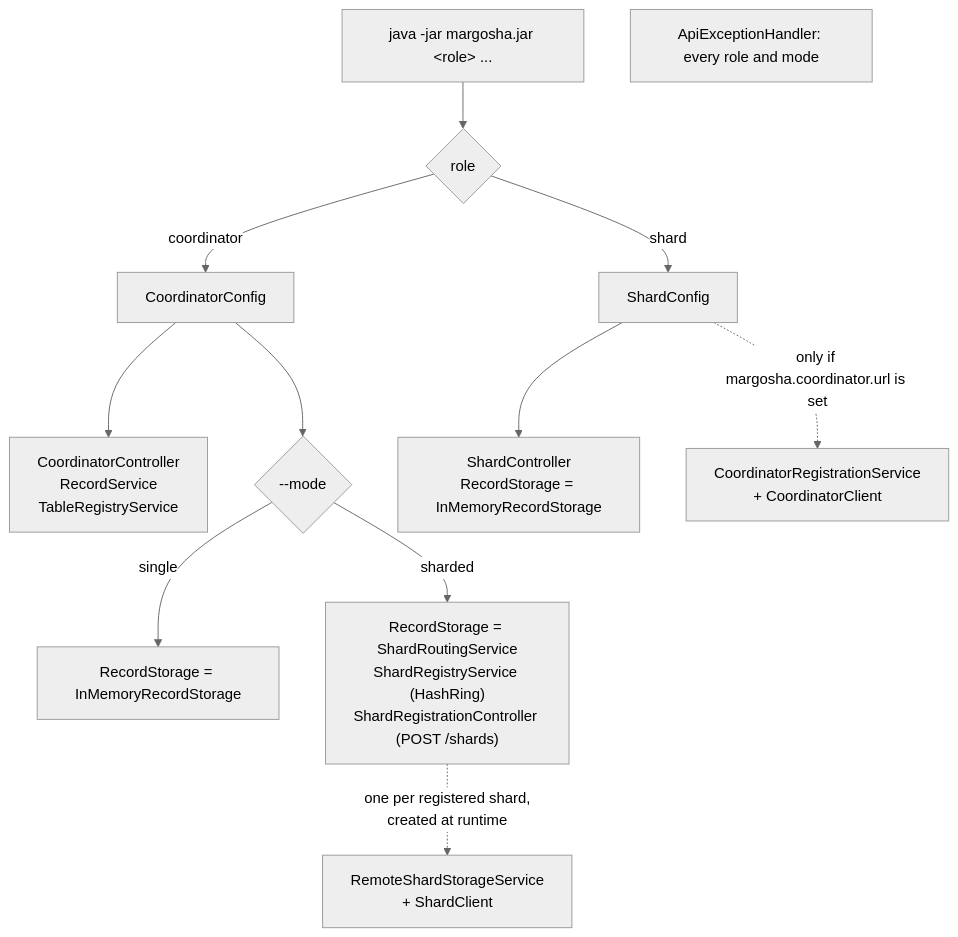
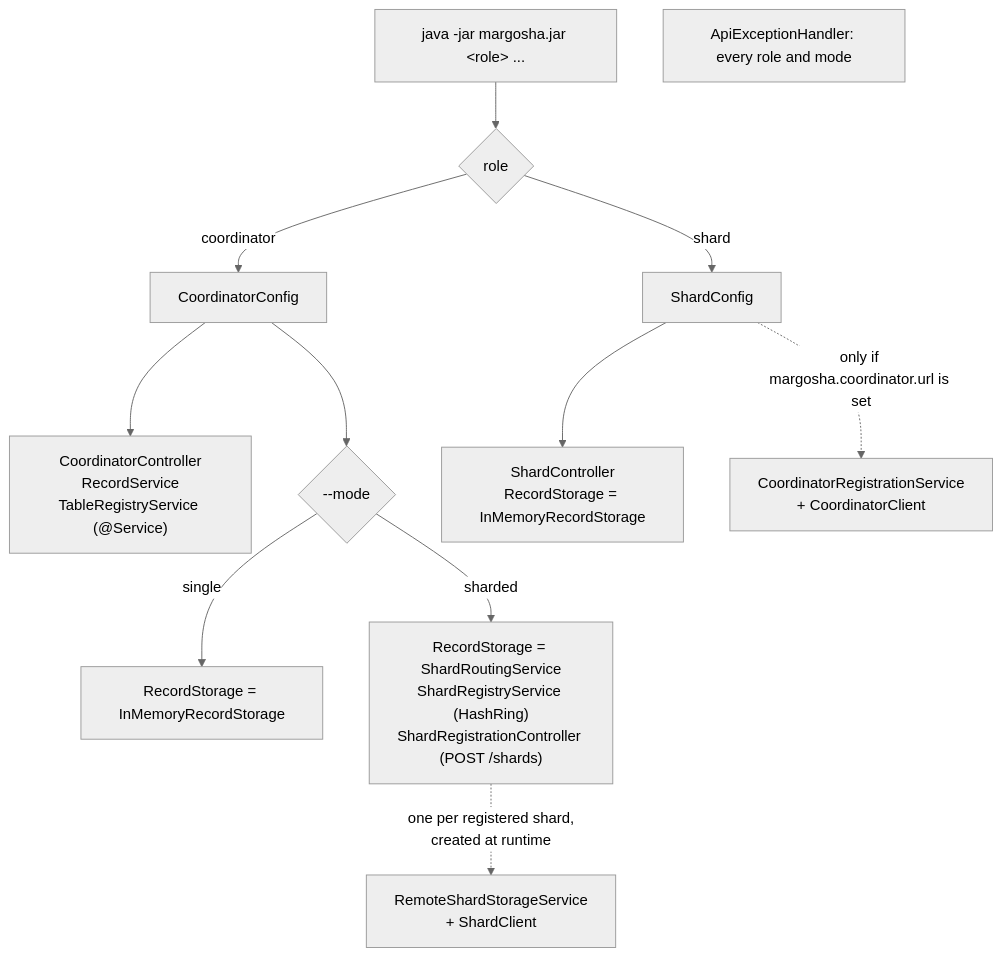
The first of 4 diagrams in README.md (MarharytaFilipovych/margosha-db), drawn with Mermaid (neutral theme) before and after one commit. The commit also changed other lines of this file and 36 other files, not shown here.

````diff
--- a/README.md
+++ b/README.md
@@ -288,17 +288,17 @@
 ```mermaid
 flowchart TD
     start["java -jar margosha.jar &lt;role&gt; ..."] --> role{role}
 
     role -- coordinator --> cfgC["CoordinatorConfig"]
-    cfgC --> common["CoordinatorController<br/>RecordService<br/>TableRegistryService"]
+    cfgC --> common["CoordinatorController<br/>RecordService<br/>TableRegistryService (@Service)"]
     cfgC --> mode{"--mode"}
     mode -- single --> single["RecordStorage = InMemoryRecordStorage"]
     mode -- sharded --> sharded["RecordStorage = ShardRoutingService<br/>ShardRegistryService (HashRing)<br/>ShardRegistrationController (POST /shards)"]
     sharded -. "one per registered shard,<br/>created at runtime" .-> remote["RemoteShardStorageService<br/>+ ShardClient"]
 
     role -- shard --> cfgS["ShardConfig"]
     cfgS --> shard["ShardController<br/>RecordStorage = InMemoryRecordStorage"]
     cfgS -. "only if margosha.coordinator.url is set" .-> reg["CoordinatorRegistrationService<br/>+ CoordinatorClient"]
 
     all["ApiExceptionHandler: every role and mode"]
 ```
````
